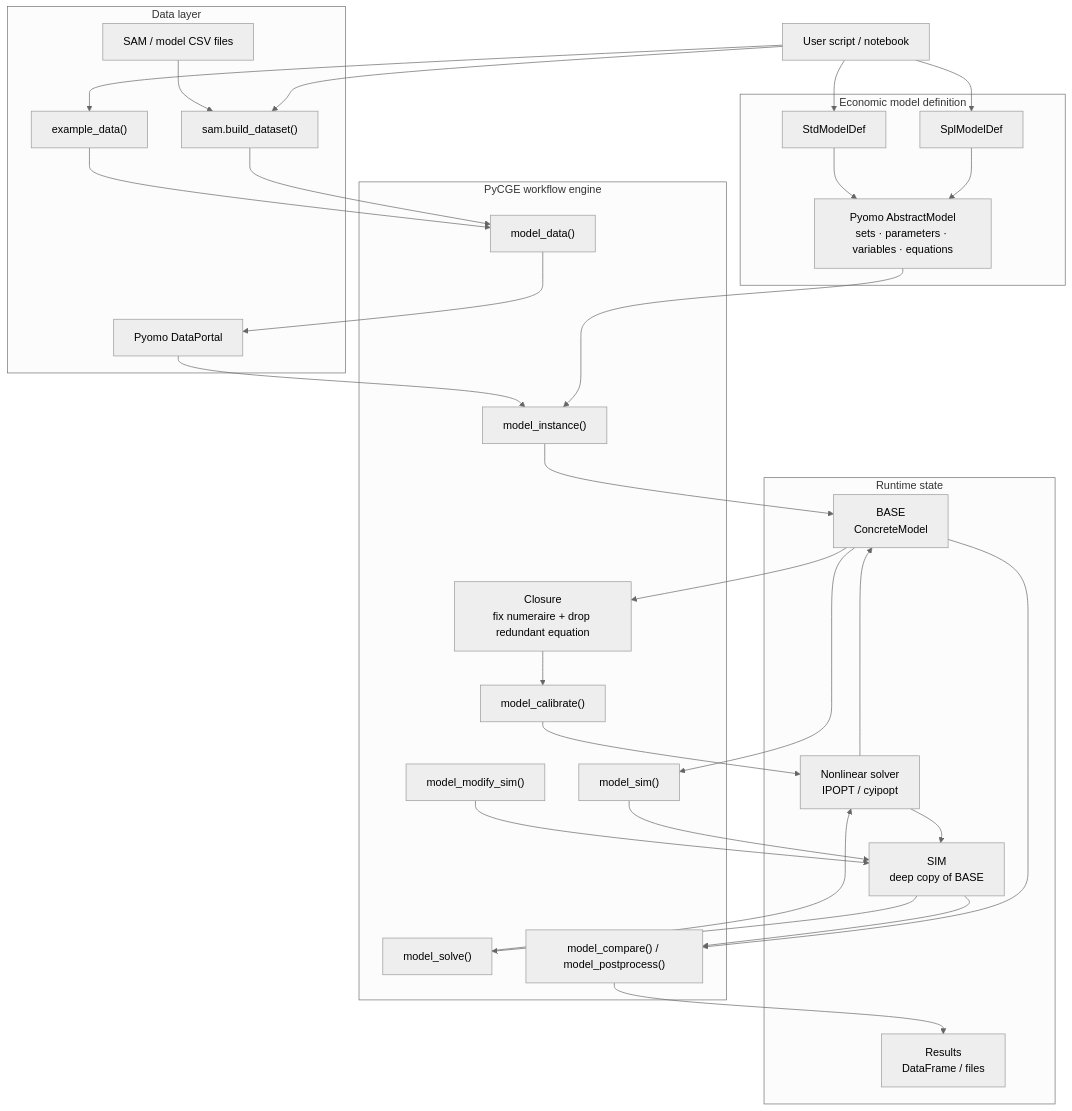
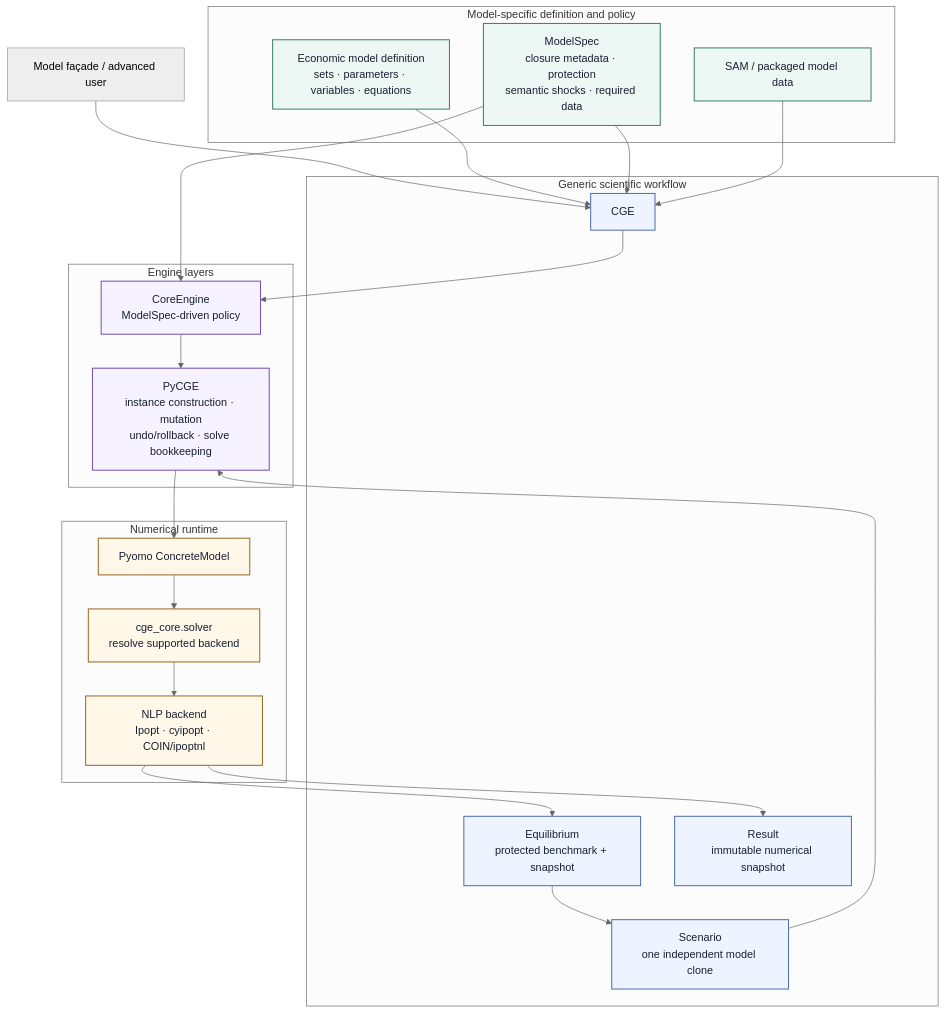
One commit to miraflor/CGE-core changed the diagram in docs/diagrams/pycge-architecture.mmd. Above: the diagram before and after it, drawn with Mermaid (neutral theme). The commit also changed 8 other files, not shown here.

First line of the commit message:
Refresh v0.8.0 architecture documentation

```diff
--- a/docs/diagrams/pycge-architecture.mmd
+++ b/docs/diagrams/pycge-architecture.mmd
@@ -1,61 +1,52 @@
 flowchart TB
+    USER["Model façade / advanced user"]
 
-    USER["User script / notebook"]
-
-    subgraph INPUT["Data layer"]
-        SAM["SAM / model CSV files"]
-        SAMTOOLS["sam.build_dataset()"]
-        EXAMPLE["example_data()"]
-        DATA["Pyomo DataPortal"]
+    subgraph DEF["Model-specific definition and policy"]
+      MODEL["Economic model definition<br/>sets · parameters · variables · equations"]
+      SPEC["ModelSpec<br/>closure metadata · protection<br/>semantic shocks · required data"]
+      DATA["SAM / packaged model data"]
     end
 
-    subgraph DEF["Economic model definition"]
-        SPL["SplModelDef"]
-        STD["StdModelDef"]
-        ABSTRACT["Pyomo AbstractModel<br/>sets · parameters · variables · equations"]
+    subgraph WF["Generic scientific workflow"]
+      CGE["CGE"]
+      EQ["Equilibrium<br/>protected benchmark + snapshot"]
+      SC["Scenario<br/>one independent model clone"]
+      RES["Result<br/>immutable numerical snapshot"]
     end
 
-    subgraph ENG["PyCGE workflow engine"]
-        LOAD["model_data()"]
-        INSTANCE["model_instance()"]
-        CLOSURE["Closure<br/>fix numeraire + drop redundant equation"]
-        CAL["model_calibrate()"]
-        CLONE["model_sim()"]
-        SHOCK["model_modify_sim()"]
-        SOLVE["model_solve()"]
-        COMPARE["model_compare() / model_postprocess()"]
+    subgraph ENG["Engine layers"]
+      CORE["CoreEngine<br/>ModelSpec-driven policy"]
+      PYCGE["PyCGE<br/>instance construction · mutation<br/>undo/rollback · solve bookkeeping"]
     end
 
-    subgraph RUN["Runtime state"]
-        BASE["BASE<br/>ConcreteModel"]
-        SIM["SIM<br/>deep copy of BASE"]
-        SOLVER["Nonlinear solver<br/>IPOPT / cyipopt"]
-        RESULTS["Results<br/>DataFrame / files"]
+    subgraph RUN["Numerical runtime"]
+      PYOMO["Pyomo ConcreteModel"]
+      SOLVER["cge_core.solver<br/>resolve supported backend"]
+      NLP["NLP backend<br/>Ipopt · cyipopt · COIN/ipoptnl"]
     end
 
-    USER --> SAMTOOLS
-    USER --> EXAMPLE
-    USER --> SPL
-    USER --> STD
-    SAM --> SAMTOOLS
-    SAMTOOLS --> LOAD
-    EXAMPLE --> LOAD
-    LOAD --> DATA
-    SPL --> ABSTRACT
-    STD --> ABSTRACT
-    ABSTRACT --> INSTANCE
-    DATA --> INSTANCE
-    INSTANCE --> BASE
-    BASE --> CLOSURE
-    CLOSURE --> CAL
-    CAL --> SOLVER
-    SOLVER --> BASE
-    BASE --> CLONE
-    CLONE --> SIM
-    SHOCK --> SIM
-    SIM --> SOLVE
-    SOLVE --> SOLVER
-    SOLVER --> SIM
-    BASE --> COMPARE
-    SIM --> COMPARE
-    COMPARE --> RESULTS
+    USER --> CGE
+    MODEL --> CGE
+    SPEC --> CGE
+    DATA --> CGE
+
+    CGE --> CORE
+    SPEC --> CORE
+    CORE --> PYCGE
+    PYCGE --> PYOMO
+    PYOMO --> SOLVER
+    SOLVER --> NLP
+    NLP --> EQ
+
+    EQ --> SC
+    SC --> PYCGE
+    NLP --> RES
+
+    classDef model fill:#edf8f4,stroke:#3c806b,stroke-width:1.5px,color:#172033;
+    classDef workflow fill:#eef4ff,stroke:#4f6fad,stroke-width:1.5px,color:#172033;
+    classDef engine fill:#f6f2ff,stroke:#7252b8,stroke-width:1.5px,color:#172033;
+    classDef runtime fill:#fff7e8,stroke:#9a6b22,stroke-width:1.5px,color:#172033;
+    class MODEL,SPEC,DATA model;
+    class CGE,EQ,SC,RES workflow;
+    class CORE,PYCGE engine;
+    class PYOMO,SOLVER,NLP runtime;
```
